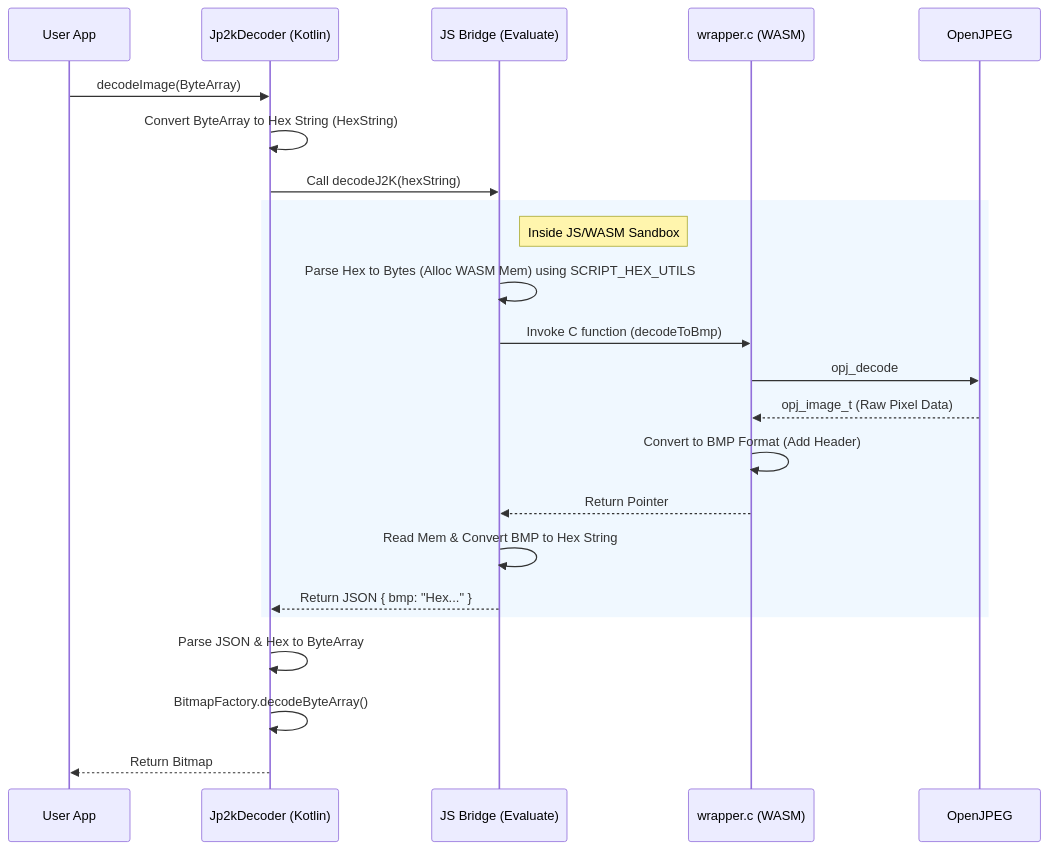
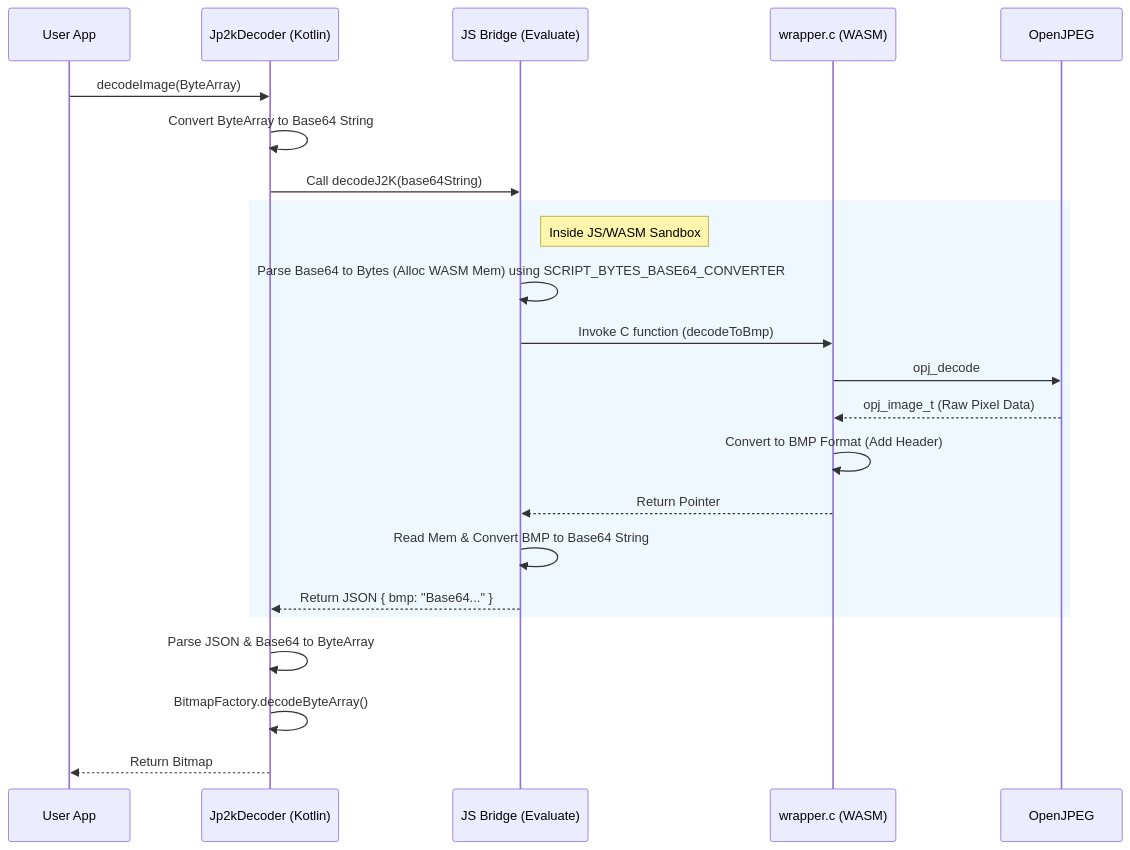
One commit to keiji/jp2k-decoder-android changed the second of 3 diagrams in docs/design.md. Above: the diagram before and after it, drawn with Mermaid. The commit also changed other lines of this file, not shown here.

Commit message:
Update design document for Base64 data exchange
Updates the architecture and data flow diagrams in `docs/design.md` to reflect the transition from Hex String to Base64 String for data exchange between the Kotlin layer and the WASM environment. This ensures the documentation matches the recent implementation changes.

````diff
--- a/docs/design.md
+++ b/docs/design.md
@@ -52,27 +52,27 @@
 ```mermaid
 sequenceDiagram
     participant App as User App
     participant Kotlin as Jp2kDecoder (Kotlin)
     participant Bridge as JS Bridge (Evaluate)
     participant WASM as wrapper.c (WASM)
     participant OpenJPEG as OpenJPEG
 
     App->>Kotlin: decodeImage(ByteArray)
-    Kotlin->>Kotlin: Convert ByteArray to Hex String (HexString)
-    Kotlin->>Bridge: Call decodeJ2K(hexString)
+    Kotlin->>Kotlin: Convert ByteArray to Base64 String
+    Kotlin->>Bridge: Call decodeJ2K(base64String)
 
     rect rgb(240, 248, 255)
     note right of Bridge: Inside JS/WASM Sandbox
-    Bridge->>Bridge: Parse Hex to Bytes (Alloc WASM Mem) using SCRIPT_HEX_UTILS
+    Bridge->>Bridge: Parse Base64 to Bytes (Alloc WASM Mem) using SCRIPT_BYTES_BASE64_CONVERTER
     Bridge->>WASM: Invoke C function (decodeToBmp)
     WASM->>OpenJPEG: opj_decode
     OpenJPEG-->>WASM: opj_image_t (Raw Pixel Data)
     WASM->>WASM: Convert to BMP Format (Add Header)
     WASM-->>Bridge: Return Pointer
-    Bridge->>Bridge: Read Mem & Convert BMP to Hex String
-    Bridge-->>Kotlin: Return JSON { bmp: "Hex..." }
+    Bridge->>Bridge: Read Mem & Convert BMP to Base64 String
+    Bridge-->>Kotlin: Return JSON { bmp: "Base64..." }
     end
-    Kotlin->>Kotlin: Parse JSON & Hex to ByteArray
+    Kotlin->>Kotlin: Parse JSON & Base64 to ByteArray
     Kotlin->>Kotlin: BitmapFactory.decodeByteArray()
     Kotlin-->>App: Return Bitmap
 ```
````
